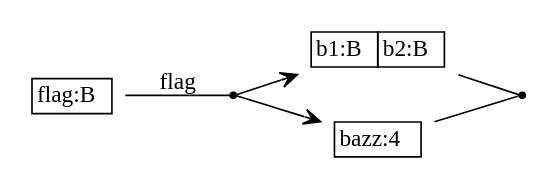
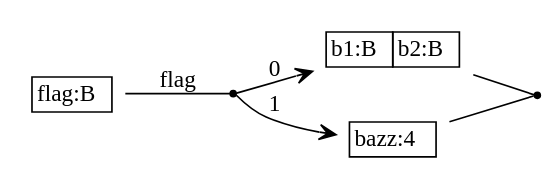
Before and after one commit to sireum/bitcodec-examples: the diagram in src/union/union-spec.dot, drawn with Graphviz. The commit also changed 23 other files, not shown here.

```diff
--- a/src/union/union-spec.dot
+++ b/src/union/union-spec.dot
@@ -1,29 +1,29 @@
 digraph G {
   rankdir = LR;
   node [shape=plaintext];
   edge [arrowhead=vee];
 
   n0 [label=<
-    <TABLE BORDER="0" CELLBORDER="1" CELLSPACING="0" TOOLTIP="Foo.0" HREF="#">
+    <TABLE BORDER="0" CELLBORDER="1" CELLSPACING="0" TOOLTIP="Foo" HREF="#">
       <TR><TD>flag:B</TD></TR>
     </TABLE>
   >];
   n1 [shape=point];
   n2 [label=<
-    <TABLE BORDER="0" CELLBORDER="1" CELLSPACING="0" TOOLTIP="Foo.baz.0" HREF="#">
+    <TABLE BORDER="0" CELLBORDER="1" CELLSPACING="0" TOOLTIP="Foo.baz" HREF="#">
       <TR><TD>b1:B</TD><TD>b2:B</TD></TR>
     </TABLE>
   >];
   n3 [label=<
-    <TABLE BORDER="0" CELLBORDER="1" CELLSPACING="0" TOOLTIP="Foo.bazz.0" HREF="#">
+    <TABLE BORDER="0" CELLBORDER="1" CELLSPACING="0" TOOLTIP="Foo.bazz" HREF="#">
       <TR><TD>bazz:4</TD></TR>
     </TABLE>
   >];
   n4 [shape=point];
 
   n0 -> n1 [arrowhead=none, label="flag", tooltip="p => if (p) 1 else 0", href="#"];
-  n1 -> n2;
-  n1 -> n3;
+  n1 -> n2 [label="0"];
+  n1 -> n3 [label="1"];
   n3 -> n4 [arrowhead=none];
   n2 -> n4 [arrowhead=none];
 }
```
